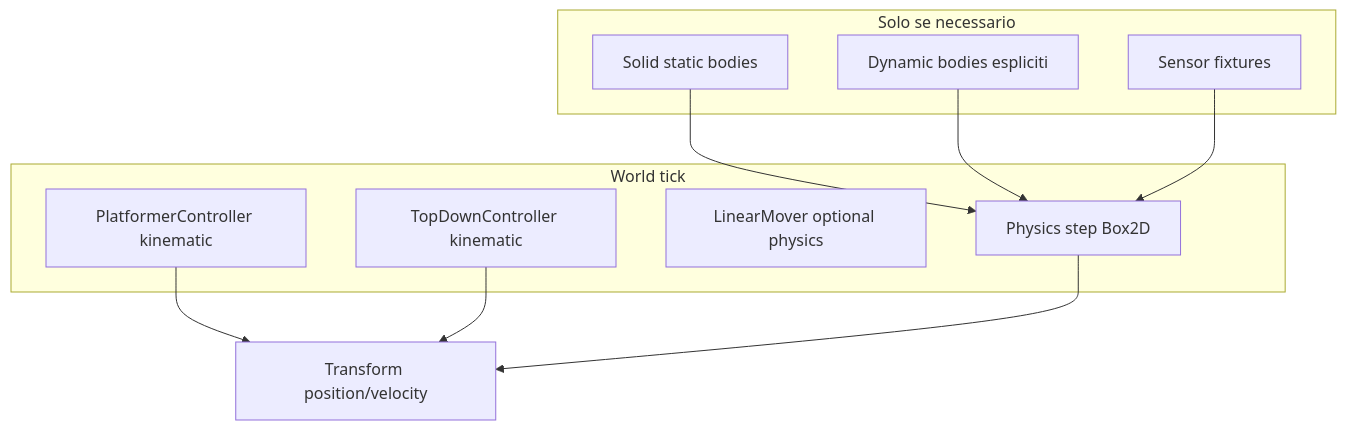
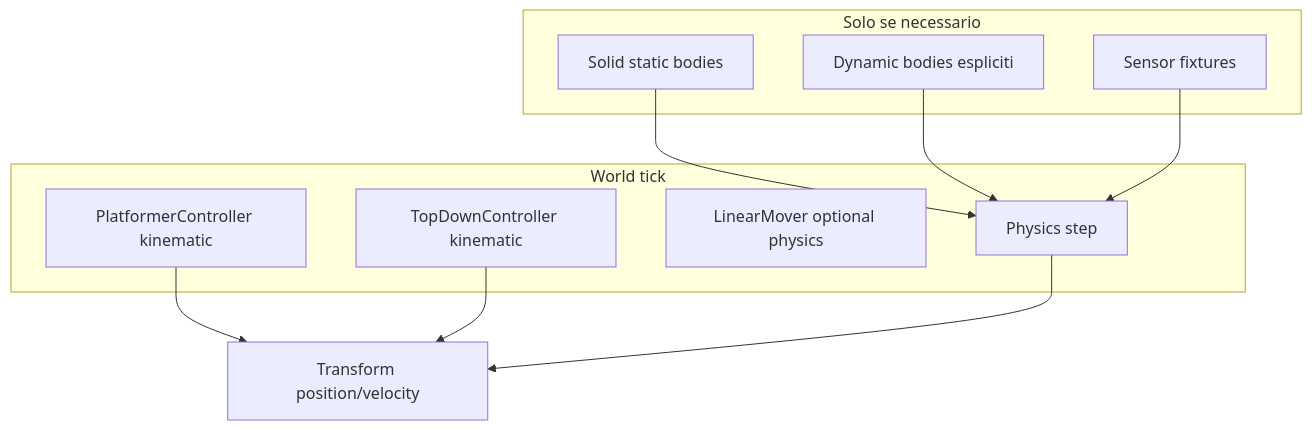
One commit to Toniocardex/ArtCade-Studio_V2 changed the second of 2 diagrams in docs/PHYSICS_OPTIONAL_INTEGRATION_PLAN.md. Above: the diagram before and after it, drawn with Mermaid. The commit also changed other lines of this file and 25 other files, not shown here.

````diff
--- a/docs/PHYSICS_OPTIONAL_INTEGRATION_PLAN.md
+++ b/docs/PHYSICS_OPTIONAL_INTEGRATION_PLAN.md
@@ -125,22 +125,22 @@
 ```mermaid
 flowchart TB
   subgraph world [World tick]
     PC[PlatformerController kinematic]
     TD[TopDownController kinematic]
     LM[LinearMover optional physics]
-    PHY[Physics step Box2D]
+    PHY[Physics step]
   end
 
   subgraph opt [Solo se necessario]
     SOL[Solid static bodies]
     DYN[Dynamic bodies espliciti]
     SNS[Sensor fixtures]
   end
 
   PC --> T[Transform position/velocity]
   TD --> T
   PHY --> T
   SOL --> PHY
   DYN --> PHY
   SNS --> PHY
 ```
````
